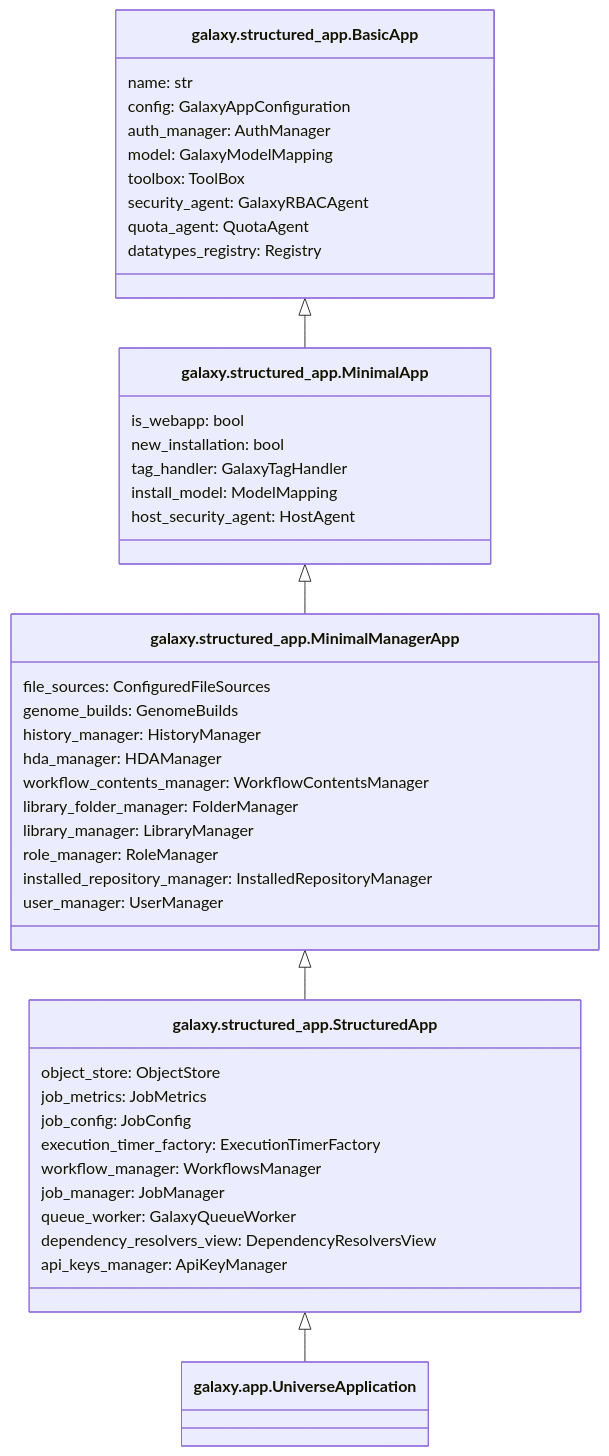
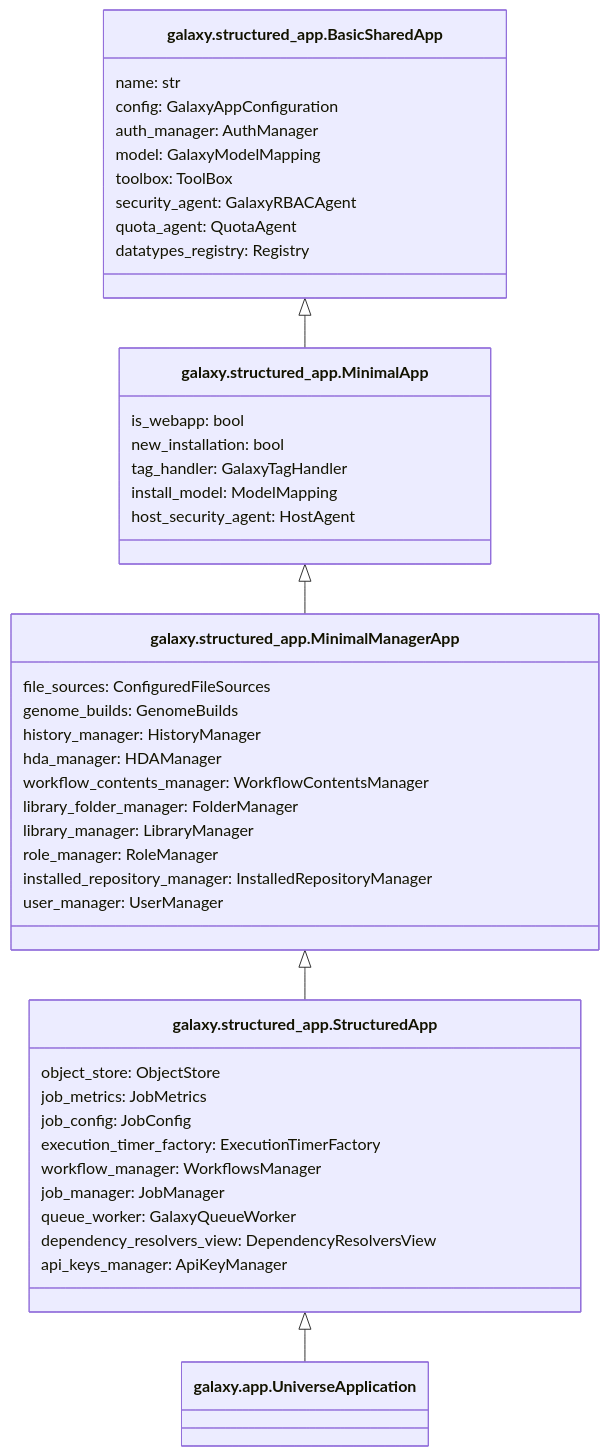
Before and after one commit to jmchilton/galaxy-architecture: the diagram in images/app_decomposed.mmd, drawn with Mermaid. The commit also changed 3 other files, not shown here.

First line of the commit message:
Fix stale Galaxy refs in 4 diagrams

```diff
--- a/images/app_decomposed.mmd
+++ b/images/app_decomposed.mmd
@@ -1,46 +1,46 @@
 classDiagram
-    class BasicApp["galaxy.structured_app.BasicApp"] {
+    class BasicSharedApp["galaxy.structured_app.BasicSharedApp"] {
         name: str
         config: GalaxyAppConfiguration
         auth_manager: AuthManager
         model: GalaxyModelMapping
         toolbox: ToolBox
         security_agent: GalaxyRBACAgent
         quota_agent: QuotaAgent
         datatypes_registry: Registry
     }
     class MinimalApp["galaxy.structured_app.MinimalApp"] {
         is_webapp: bool
         new_installation: bool
         tag_handler: GalaxyTagHandler
         install_model: ModelMapping
         host_security_agent: HostAgent
     }
     class MinimalManagerApp["galaxy.structured_app.MinimalManagerApp"] {
         file_sources: ConfiguredFileSources
         genome_builds: GenomeBuilds
         history_manager: HistoryManager
         hda_manager: HDAManager
         workflow_contents_manager: WorkflowContentsManager
         library_folder_manager: FolderManager
         library_manager: LibraryManager
         role_manager: RoleManager
         installed_repository_manager: InstalledRepositoryManager
         user_manager: UserManager
     }
     class StructuredApp["galaxy.structured_app.StructuredApp"] {
         object_store: ObjectStore
         job_metrics: JobMetrics
         job_config: JobConfig
         execution_timer_factory: ExecutionTimerFactory
         workflow_manager: WorkflowsManager
         job_manager: JobManager
         queue_worker: GalaxyQueueWorker
         dependency_resolvers_view: DependencyResolversView
         api_keys_manager: ApiKeyManager
     }
     class UniverseApplication["galaxy.app.UniverseApplication"]
-    BasicApp <|-- MinimalApp
+    BasicSharedApp <|-- MinimalApp
     MinimalApp <|-- MinimalManagerApp
     MinimalManagerApp <|-- StructuredApp
     StructuredApp <|-- UniverseApplication
```
